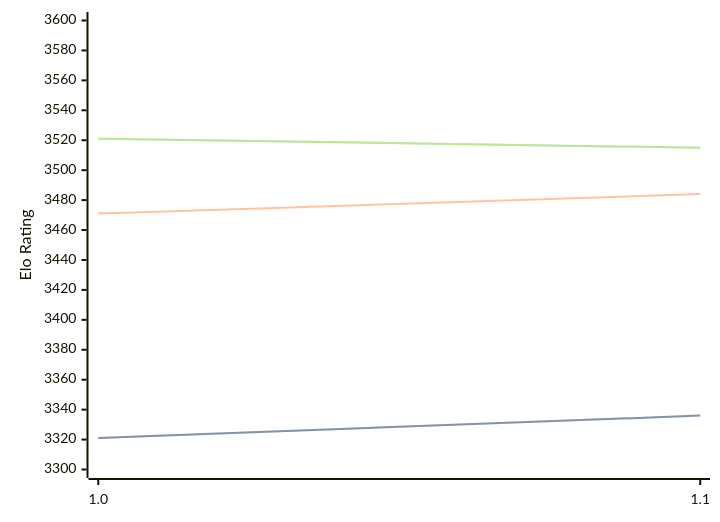
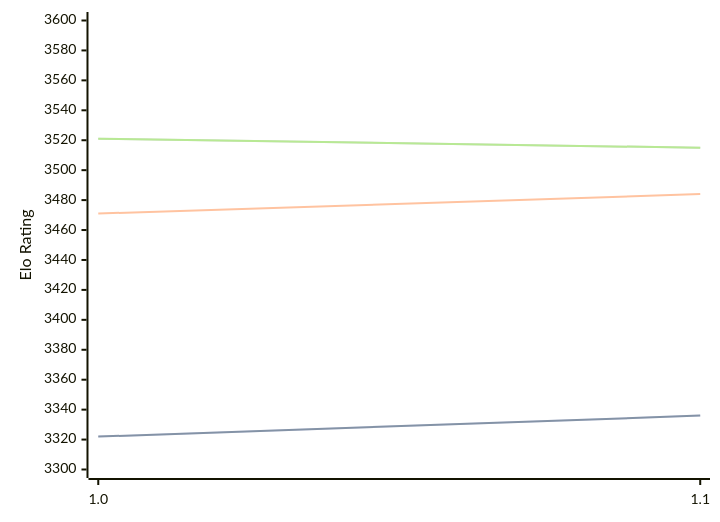
One commit to computer-chess-index/cci changed the first of 3 diagrams in engines/Horsie.md. Above: the diagram before and after it, drawn with Mermaid. The commit also changed other lines of this file, not shown here.

````diff
--- a/engines/Horsie.md
+++ b/engines/Horsie.md
@@ -32,11 +32,11 @@
 ```mermaid
 %%{init: {"theme":"base","themeVariables":{"seriesColors:['#a3a3a3','#222221','#faa371']}}}%%
 xychart-beta
   x-axis ["1.0", "1.1"]
   y-axis "Elo Rating" 3300 --> 3600
-  line "STC (8.0+0.08s)" [3321, 3336]
-  line "STC (8.0+0.08s)" [3321, 3336]
+  line "STC (8.0+0.08s)" [3322, 3336]
+  line "STC (8.0+0.08s)" [3322, 3336]
   line "LTC (60.0+0.60s)" [3471, 3484]
   line "VLTC (2m24s+1.12s)" [3521, 3515]
   line "VLTC (2m24s+1.12s)" [3521, 3515]
 ```
````
